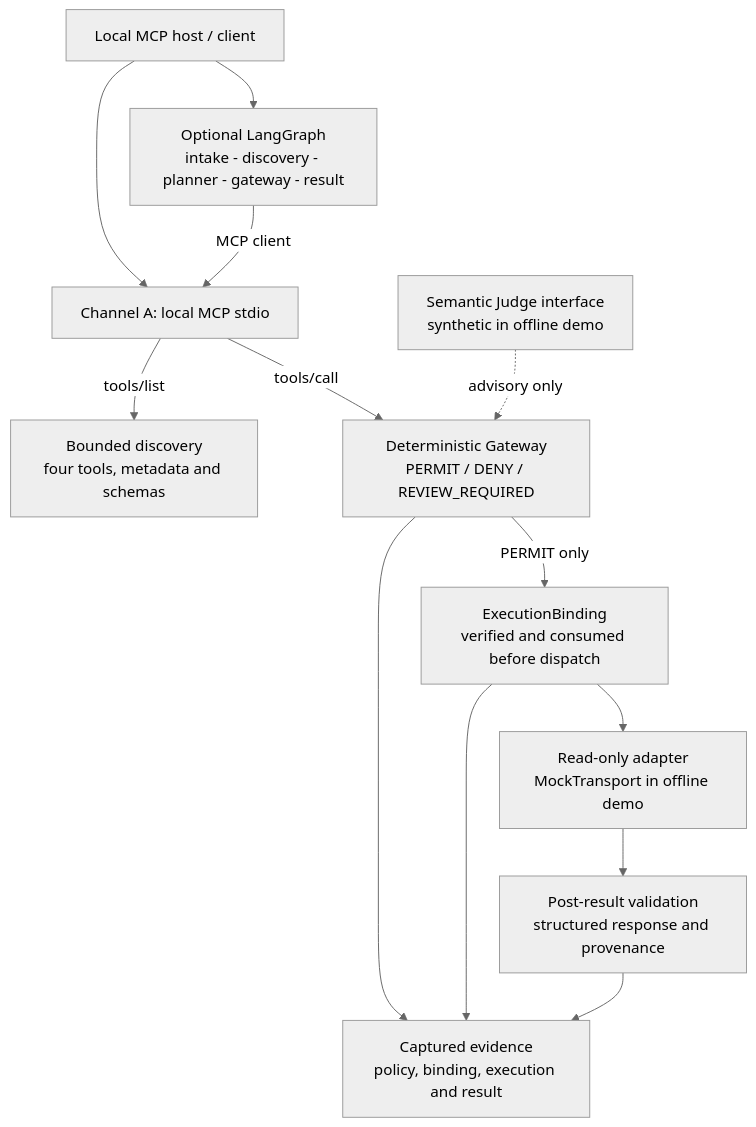
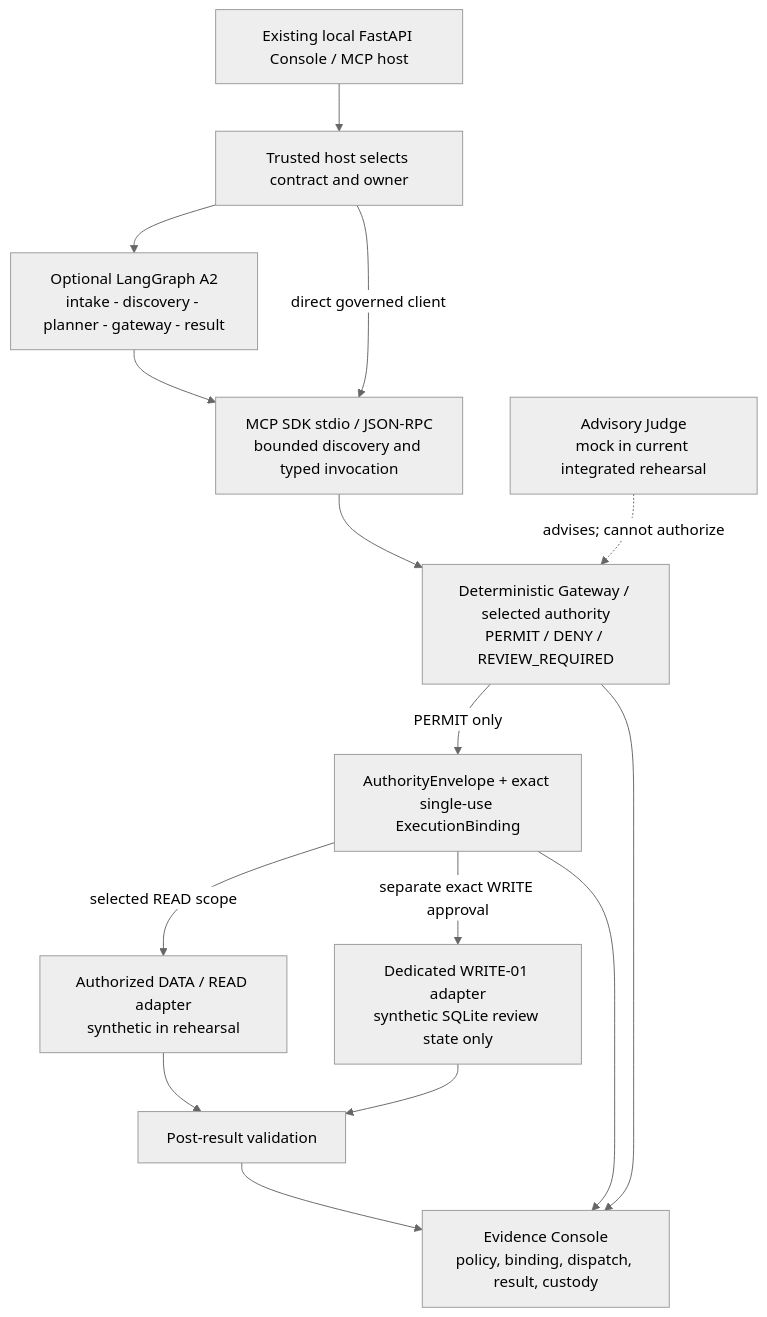
Before and after one commit to drosadocastro-bit/CIVICGATE: the first of 2 diagrams in README.md, drawn with Mermaid (neutral theme). The commit also changed other lines of this file and 8 other files, not shown here.

Commit message:
docs(gsa): document evaluation evidence and offline UI demo

````diff
--- a/README.md
+++ b/README.md
@@ -15,26 +57,28 @@
 ```mermaid
 flowchart TB
-    HOST["Local MCP host / client"]
-    GRAPH["Optional LangGraph<br/>intake - discovery - planner - gateway - result"]
-    MCP["Channel A: local MCP stdio"]
-    DISC["Bounded discovery<br/>four tools, metadata and schemas"]
-    GW["Deterministic Gateway<br/>PERMIT / DENY / REVIEW_REQUIRED"]
-    JUDGE["Semantic Judge interface<br/>synthetic in offline demo"]
-    BIND["ExecutionBinding<br/>verified and consumed before dispatch"]
-    READ["Read-only adapter<br/>MockTransport in offline demo"]
-    CHECK["Post-result validation<br/>structured response and provenance"]
-    EVIDENCE["Captured evidence<br/>policy, binding, execution and result"]
-
-    HOST --> MCP
-    HOST --> GRAPH
-    GRAPH -->|"MCP client"| MCP
-    MCP -->|"tools/list"| DISC
-    MCP -->|"tools/call"| GW
-    JUDGE -.->|"advisory only"| GW
+    UI["Existing local FastAPI Console / MCP host"]
+    OWNER["Trusted host selects contract and owner"]
+    GRAPH["Optional LangGraph A2<br/>intake - discovery - planner - gateway - result"]
+    MCP["MCP SDK stdio / JSON-RPC<br/>bounded discovery and typed invocation"]
+    GW["Deterministic Gateway / selected authority<br/>PERMIT / DENY / REVIEW_REQUIRED"]
+    JUDGE["Advisory Judge<br/>mock in current integrated rehearsal"]
+    BIND["AuthorityEnvelope + exact single-use ExecutionBinding"]
+    DATA["Authorized DATA / READ adapter<br/>synthetic in rehearsal"]
+    WRITE["Dedicated WRITE-01 adapter<br/>synthetic SQLite review state only"]
+    CHECK["Post-result validation"]
+    EVIDENCE["Evidence Console<br/>policy, binding, dispatch, result, custody"]
+    UI --> OWNER
+    OWNER --> GRAPH
+    OWNER -->|"direct governed client"| MCP
+    GRAPH --> MCP
+    MCP --> GW
+    JUDGE -.->|"advises; cannot authorize"| GW
     GW -->|"PERMIT only"| BIND
-    BIND --> READ
-    READ --> CHECK
+    BIND -->|"selected READ scope"| DATA
+    BIND -->|"separate exact WRITE approval"| WRITE
+    DATA --> CHECK
+    WRITE --> CHECK
+    CHECK --> EVIDENCE
     GW --> EVIDENCE
     BIND --> EVIDENCE
-    CHECK --> EVIDENCE
 ```
````
